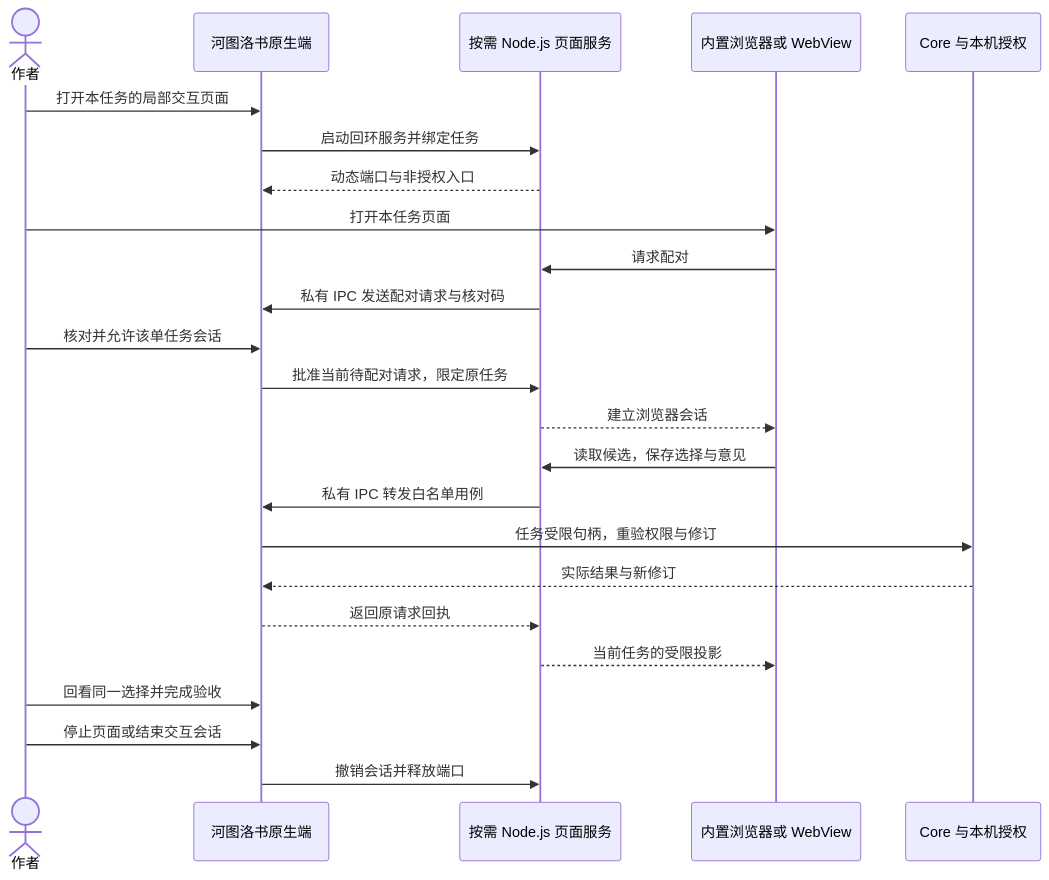
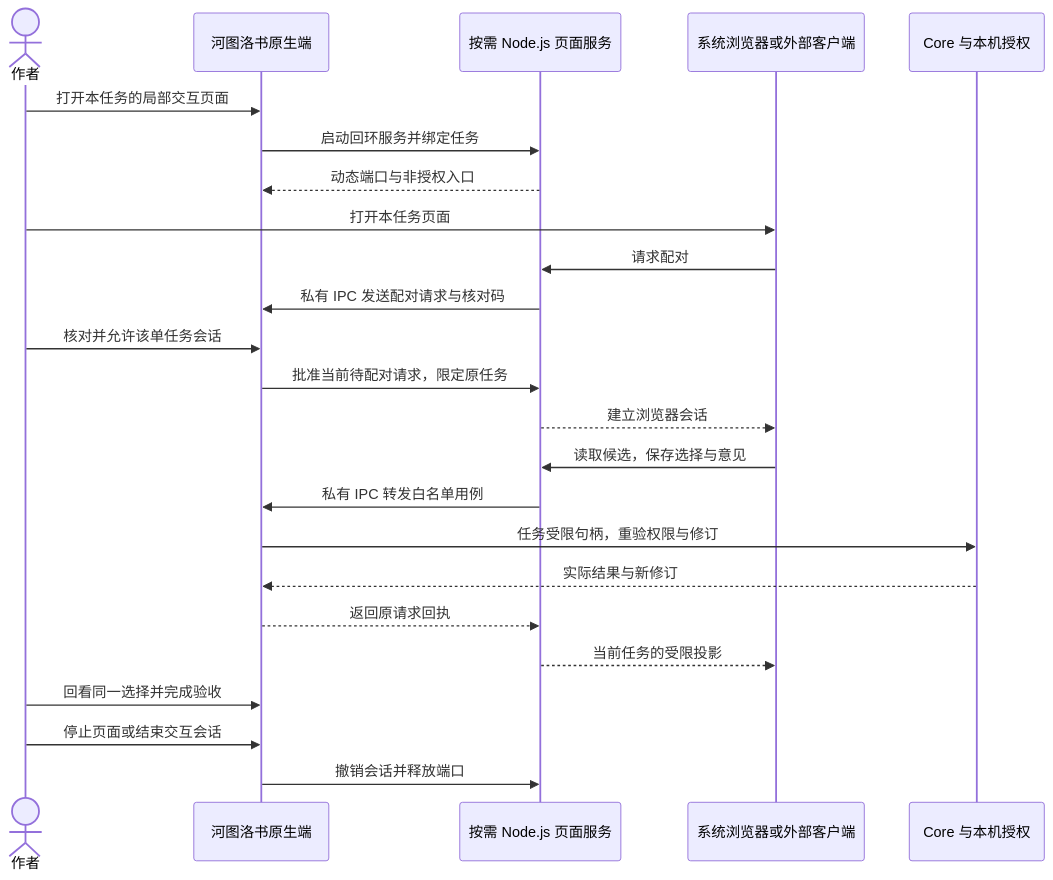
Before and after one commit to limecloud/hetu: the ninth of 55 diagrams in docs/23-业务流程与MCP时序.md, drawn with Mermaid. The commit also changed 57 other files, not shown here.

````diff
--- a/docs/23-业务流程与MCP时序.md
+++ b/docs/23-业务流程与MCP时序.md
@@ -277,26 +277,26 @@
 ```mermaid
 sequenceDiagram
     actor author as 作者
     participant desktop as 河图洛书原生端
     participant node as 按需 Node.js 页面服务
-    participant browser as 内置浏览器或 WebView
+    participant browser as 系统浏览器或外部客户端
     participant core as Core 与本机授权
     author->>desktop: 打开本任务的局部交互页面
     desktop->>node: 启动回环服务并绑定任务
     node-->>desktop: 动态端口与非授权入口
     author->>browser: 打开本任务页面
     browser->>node: 请求配对
     node->>desktop: 私有 IPC 发送配对请求与核对码
     author->>desktop: 核对并允许该单任务会话
     desktop->>node: 批准当前待配对请求，限定原任务
     node-->>browser: 建立浏览器会话
     browser->>node: 读取候选，保存选择与意见
     node->>desktop: 私有 IPC 转发白名单用例
     desktop->>core: 任务受限句柄，重验权限与修订
     core-->>desktop: 实际结果与新修订
     desktop-->>node: 返回原请求回执
     node-->>browser: 当前任务的受限投影
     author->>desktop: 回看同一选择并完成验收
     author->>desktop: 停止页面或结束交互会话
     desktop->>node: 撤销会话并释放端口
 ```
````
